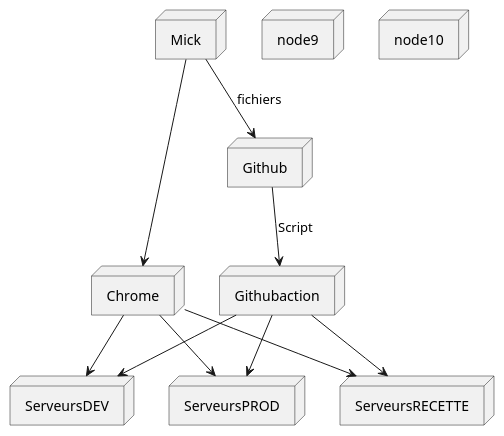
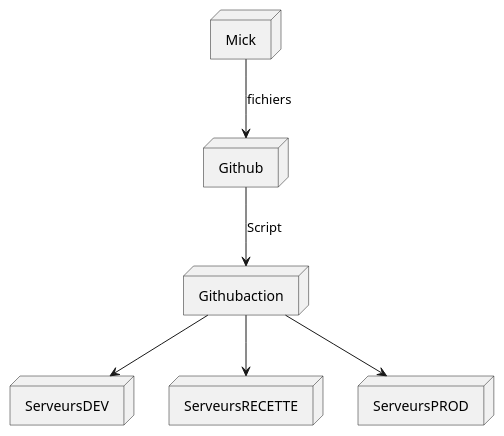
Before and after one commit to ldelannay70-svg/stage3iem: the diagram in stage3iem/schema1.puml, drawn with PlantUML. The commit also changed 3 other files, not shown here.

Commit message:
maj html + schemas

```diff
--- a/stage3iem/schema1.puml
+++ b/stage3iem/schema1.puml
@@ -1,20 +1,13 @@
 @startuml
 node Mick
 node Github
 node Githubaction
 node ServeursDEV
 node ServeursRECETTE
 node ServeursPROD
-node Chrome
-node node9
-node node10
 Mick  -->   Github : fichiers
-Mick  -->   Chrome
 Github -->    Githubaction: Script
 Githubaction -->    ServeursDEV
 Githubaction -->    ServeursRECETTE
 Githubaction -->    ServeursPROD
-Chrome -->    ServeursDEV
-Chrome -->    ServeursRECETTE
-Chrome -->    ServeursPROD
 @enduml
```
